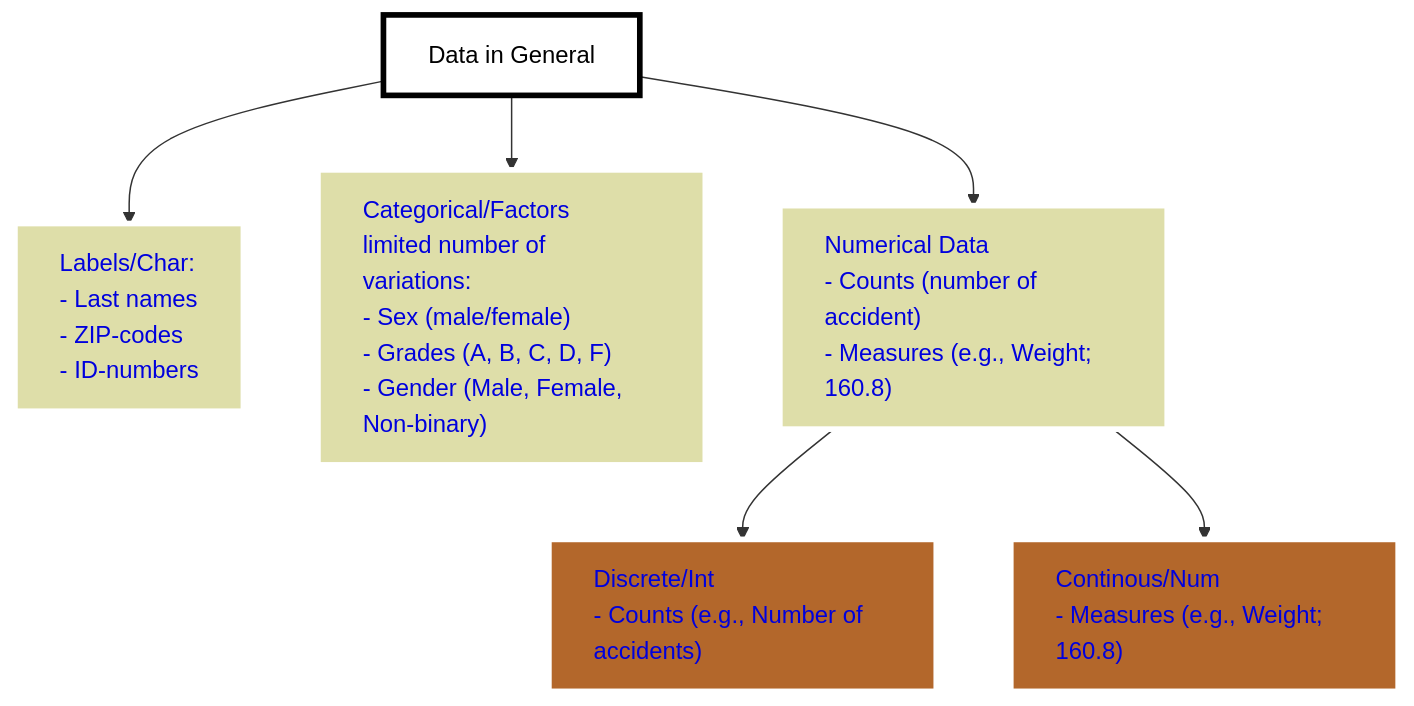
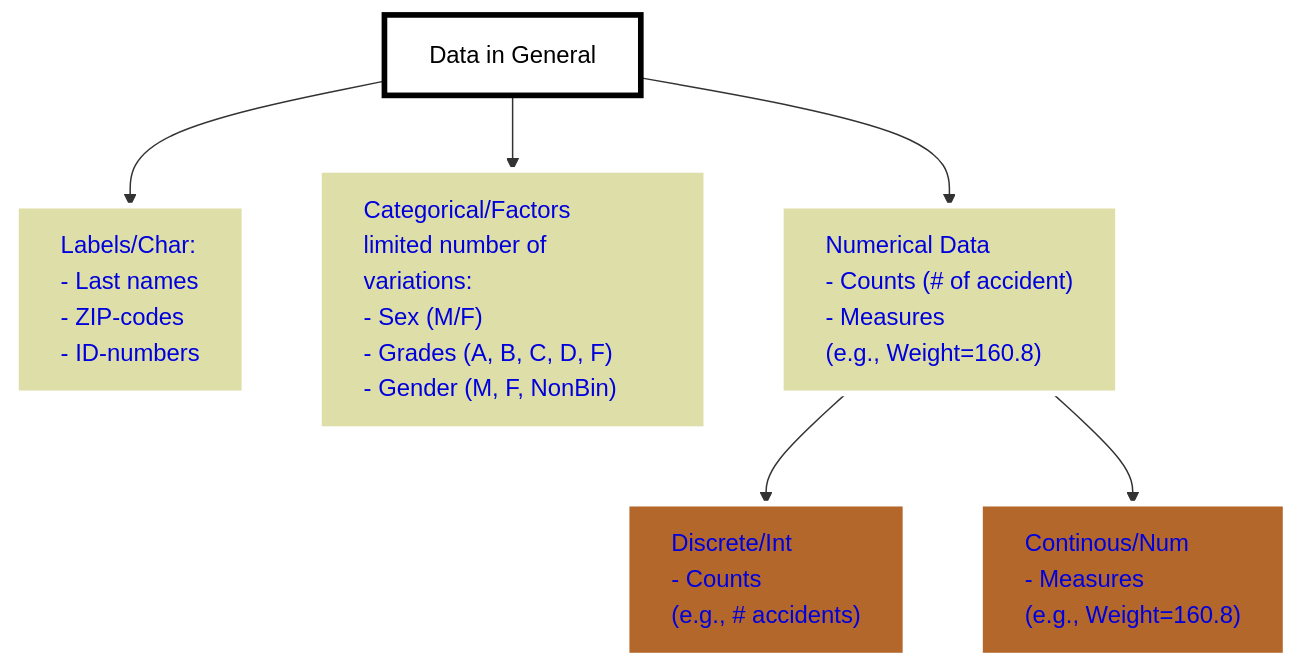
Before and after one commit to CarstenLange/AIBookSlides: the diagram in IBM5910/IntroIBM5910/IntroIBM5910.qmd, drawn with Mermaid. The commit also changed 1 other file, not shown here.

Commit message:
minor breaks etc in mermaid

````diff
--- a/IBM5910/IntroIBM5910/IntroIBM5910.qmd
+++ b/IBM5910/IntroIBM5910/IntroIBM5910.qmd
@@ -108,29 +108,29 @@
 ```{mermaid, echo=false, code-fold=false}
 graph TD
 VarGeneral["Data in General"]
 VarChar["Labels/Char:<br/>- Last names<br/>- ZIP-codes<br/>- ID-numbers"]
-VarCategory["Categorical/Factors<br/>limited number of variations:<br/>- Sex (male/female)<br/>- Grades (A, B, C, D, F)<br/>- Gender (Male, Female, Non-binary)"]
-VarNumeric["Numerical Data<br/>- Counts (number of accident)<br/>- Measures (e.g., Weight; 160.8)"]
-VarNumericCon["Continous/Num<br/>- Measures (e.g., Weight; 160.8)"]
-VarInt["Discrete/Int<br/>- Counts (e.g., Number of accidents)"]
+VarCategory["Categorical/Factors<br/>limited number of variations:<br/>- Sex (M/F)<br/>- Grades (A, B, C, D, F)<br/>- Gender (M, F, NonBin)"]
+VarNumeric["Numerical Data<br/>- Counts (# of accident)<br/>- Measures<br/>  (e.g., Weight=160.8)"]
+VarNumericCon["Continous/Num<br/>- Measures<br>  (e.g., Weight=160.8)"]
+VarInt["Discrete/Int<br/>- Counts<br>  (e.g., # accidents)"]
 
 
 VarGeneral --> VarChar
 VarGeneral --> VarCategory
 VarGeneral --> VarNumeric
 VarNumeric --> VarInt
 VarNumeric --> VarNumericCon
 
 
 %% Define one reusable style
 classDef ClassTopNodeCL text-align:center,color:#000000,fill:#ffffff,stroke:#000000,stroke-width:3.8px;
 
 classDef ClassLowNodesCL text-align:left,color:#0000dd,fill:#dedea9,stroke:#ffffff,stroke-width:3.8px;
 
 classDef ClassLowestNodesCL text-align:left,color:#0000dd,fill:#b3672b,stroke:#ffffff,stroke-width:3.8px;
 
 %% Apply it to multiple nodes
 class VarChar,VarNumeric,VarNumericCon,VarInt,VarCategory ClassLowNodesCL;
 class VarGeneral ClassTopNodeCL;
 class VarNumericCon,VarInt ClassLowestNodesCL
 ```
````
